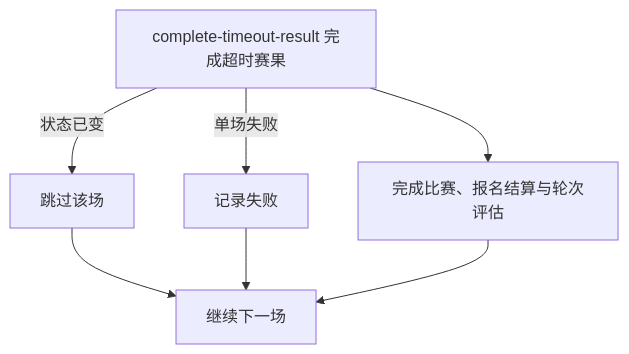
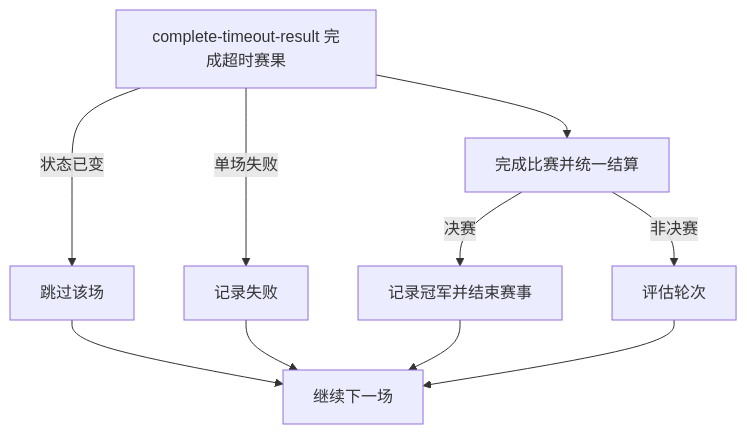
The diagram in blueprint/spec/tournament/result-confirmation-timeout/complete-timeout-results.md (chxt100016/Rally), drawn with Mermaid before and after one commit. The commit also changed other lines of this file and 170 other files, not shown here.

````diff
--- a/blueprint/spec/tournament/result-confirmation-timeout/complete-timeout-results.md
+++ b/blueprint/spec/tournament/result-confirmation-timeout/complete-timeout-results.md
@@ -25,9 +25,12 @@
 ```mermaid
 flowchart TD
     A[complete-timeout-result 完成超时赛果] -->|状态已变| K[跳过该场]
     A -->|单场失败| E[记录失败]
-    A --> S[完成比赛、报名结算与轮次评估]
+    A --> S[完成比赛并统一结算]
+    S -->|决赛| F[记录冠军并结束赛事]
+    S -->|非决赛| R[评估轮次]
     K --> N[继续下一场]
     E --> N
-    S --> N
+    F --> N
+    R --> N
 ```
````
